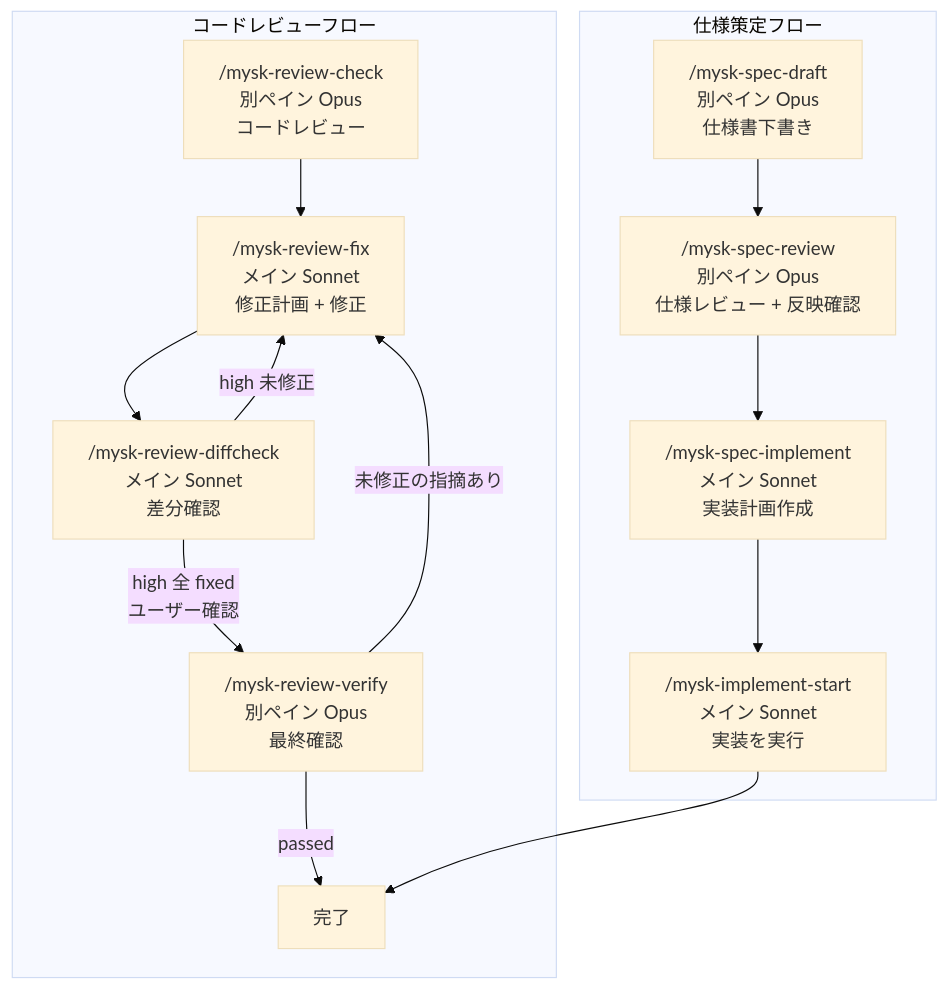
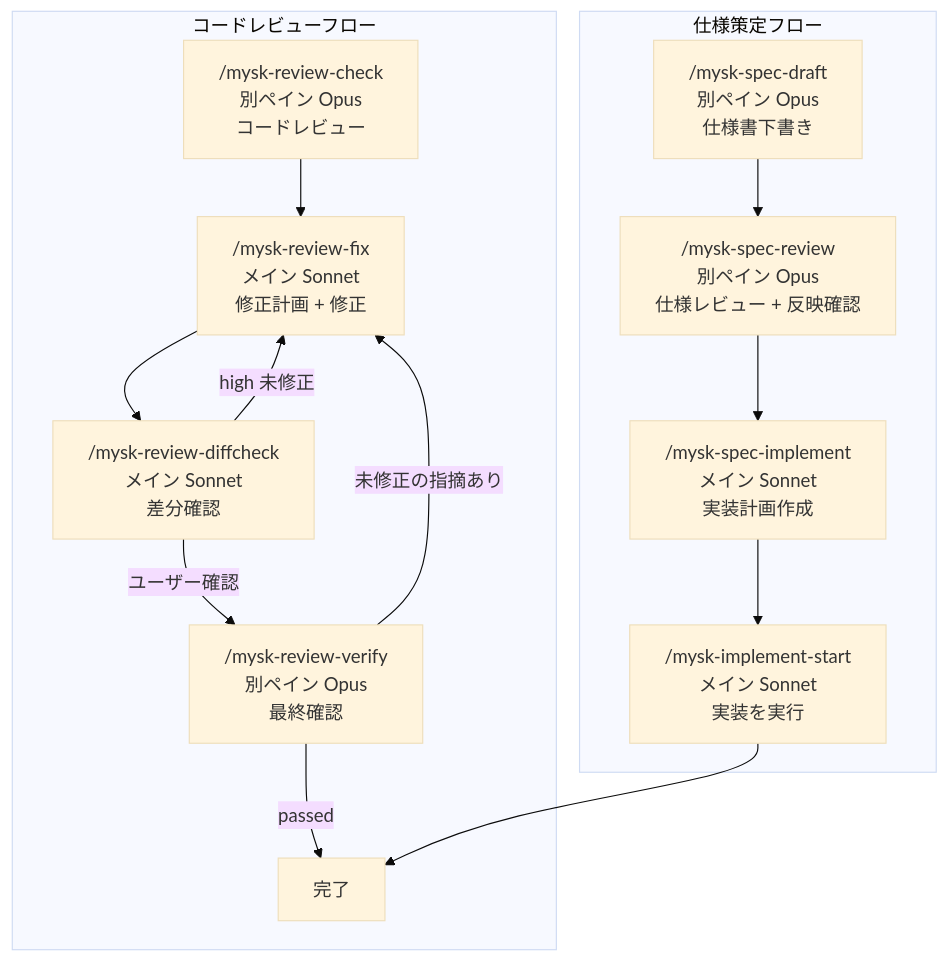
The first of 2 diagrams in README.md (ainoobmenpg/claude-code-myskills), drawn with Mermaid (base theme) before and after one commit. The commit also changed other lines of this file and 17 other files, not shown here.

````diff
--- a/README.md
+++ b/README.md
@@ -209,19 +209,19 @@
 ```mermaid
 graph TD
     subgraph spec["仕様策定フロー"]
         SD["/mysk-spec-draft<br/>別ペイン Opus<br/>仕様書下書き"] --> SR["/mysk-spec-review<br/>別ペイン Opus<br/>仕様レビュー + 反映確認"]
         SR --> SI["/mysk-spec-implement<br/>メイン Sonnet<br/>実装計画作成"]
         SI --> IS["/mysk-implement-start<br/>メイン Sonnet<br/>実装を実行"]
     end
 
     subgraph review["コードレビューフロー"]
         RC["/mysk-review-check<br/>別ペイン Opus<br/>コードレビュー"] --> RF["/mysk-review-fix<br/>メイン Sonnet<br/>修正計画 + 修正"]
         RF --> DC["/mysk-review-diffcheck<br/>メイン Sonnet<br/>差分確認"]
         DC -->|high 未修正| RF
-        DC -->|high 全 fixed<br/>ユーザー確認| RV["/mysk-review-verify<br/>別ペイン Opus<br/>最終確認"]
+        DC -->|ユーザー確認| RV["/mysk-review-verify<br/>別ペイン Opus<br/>最終確認"]
         RV -->|未修正の指摘あり| RF
         RV -->|passed| DONE["完了"]
     end
 
     IS --> DONE
 ```
````
